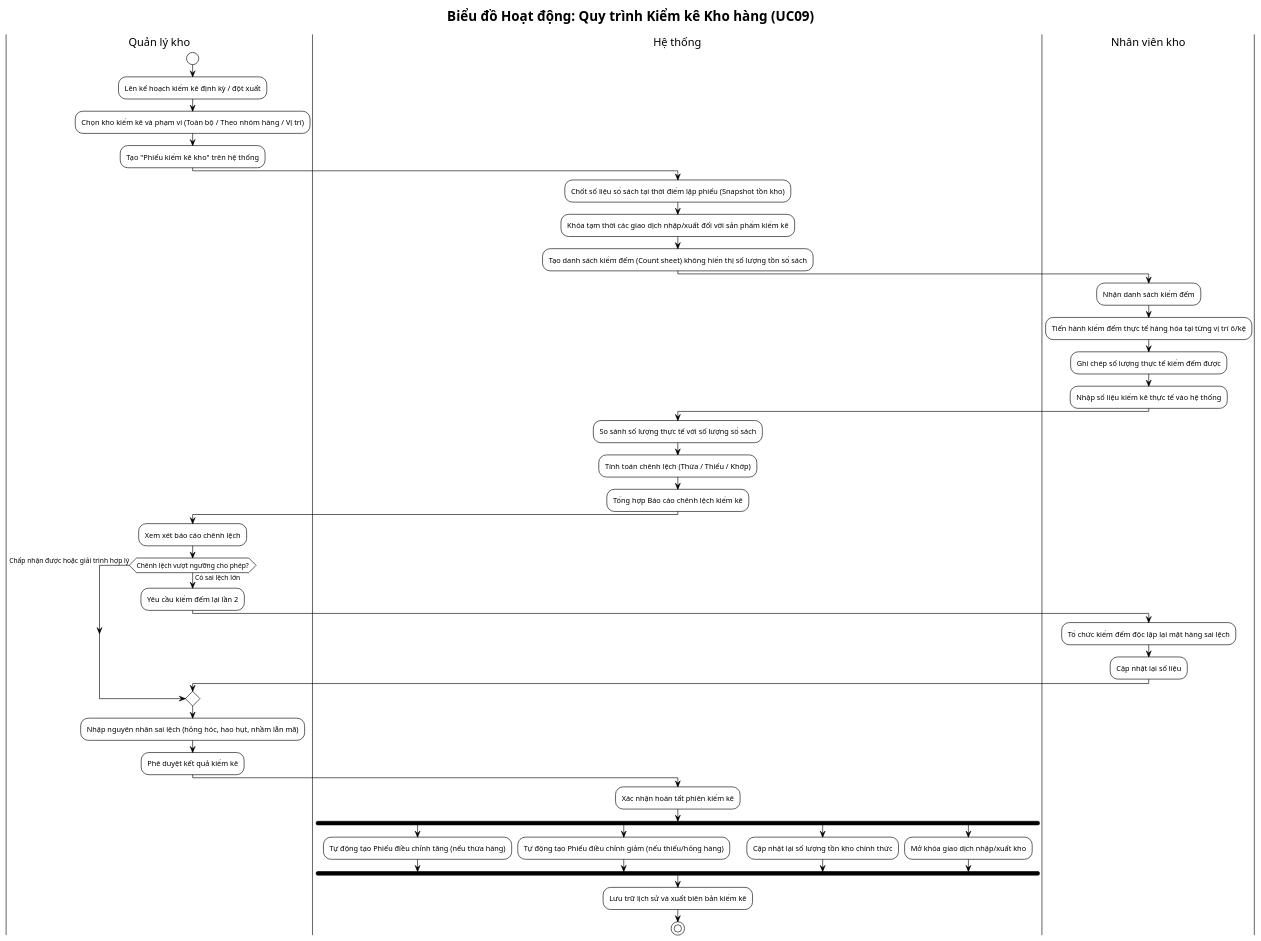
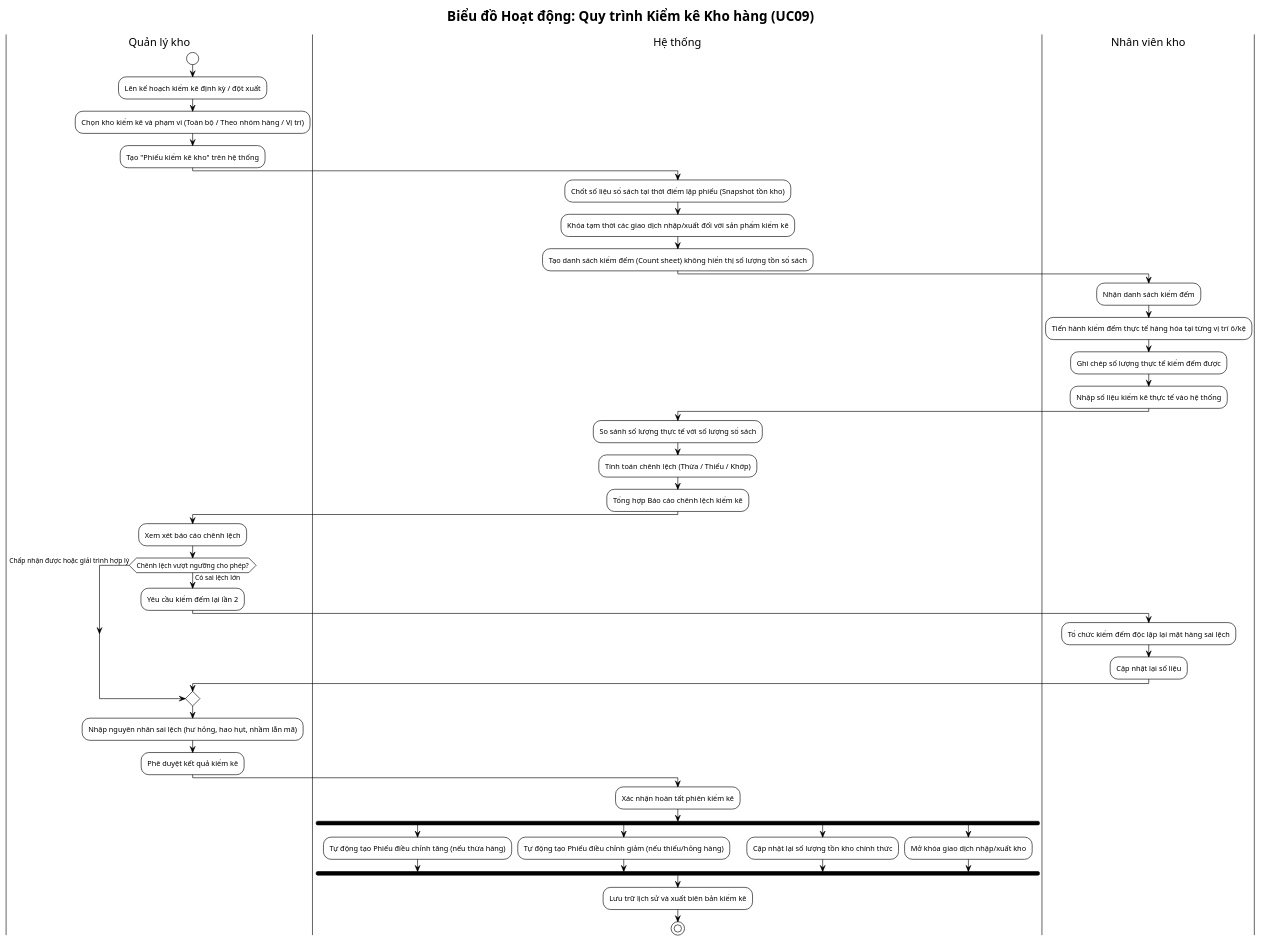
The third of 4 diagrams in BTL-QuanLyKhoHang/plantuml/activity-diagrams.puml (vuhoabinh2416137/G8_Quanlysanphamvakhohang), drawn with PlantUML before and after one commit. The commit also changed other lines of this file and 61 other files, not shown here.

```diff
--- a/BTL-QuanLyKhoHang/plantuml/activity-diagrams.puml
+++ b/BTL-QuanLyKhoHang/plantuml/activity-diagrams.puml
@@ -169,55 +116,56 @@
 @startuml activity-kiem-ke-kho
 !theme plain
+skinparam defaultFontName "Arial"
 title Biểu đồ Hoạt động: Quy trình Kiểm kê Kho hàng (UC09)
 
 |Quản lý kho|
 start
 :Lên kế hoạch kiểm kê định kỳ / đột xuất;
 :Chọn kho kiểm kê và phạm vi (Toàn bộ / Theo nhóm hàng / Vị trí);
 :Tạo "Phiếu kiểm kê kho" trên hệ thống;
 
 |Hệ thống|
 :Chốt số liệu sổ sách tại thời điểm lập phiếu (Snapshot tồn kho);
 :Khóa tạm thời các giao dịch nhập/xuất đối với sản phẩm kiểm kê;
 :Tạo danh sách kiểm đếm (Count sheet) không hiển thị số lượng tồn sổ sách;
 
 |Nhân viên kho|
 :Nhận danh sách kiểm đếm;
 :Tiến hành kiểm đếm thực tế hàng hóa tại từng vị trí ô/kệ;
 :Ghi chép số lượng thực tế kiểm đếm được;
 :Nhập số liệu kiểm kê thực tế vào hệ thống;
 
 |Hệ thống|
 :So sánh số lượng thực tế với số lượng sổ sách;
 :Tính toán chênh lệch (Thừa / Thiếu / Khớp);
 :Tổng hợp Báo cáo chênh lệch kiểm kê;
 
 |Quản lý kho|
 :Xem xét báo cáo chênh lệch;
 if (Chênh lệch vượt ngưỡng cho phép?) then (Có sai lệch lớn)
     :Yêu cầu kiểm đếm lại lần 2;
     |Nhân viên kho|
     :Tổ chức kiểm đếm độc lập lại mặt hàng sai lệch;
     :Cập nhật lại số liệu;
 else (Chấp nhận được hoặc giải trình hợp lý)
 endif
 
 |Quản lý kho|
-:Nhập nguyên nhân sai lệch (hỏng hóc, hao hụt, nhầm lẫn mã);
+:Nhập nguyên nhân sai lệch (hư hỏng, hao hụt, nhầm lẫn mã);
 :Phê duyệt kết quả kiểm kê;
 
 |Hệ thống|
 :Xác nhận hoàn tất phiên kiểm kê;
 fork
     :Tự động tạo Phiếu điều chỉnh tăng (nếu thừa hàng);
 fork again
     :Tự động tạo Phiếu điều chỉnh giảm (nếu thiếu/hỏng hàng);
 fork again
     :Cập nhật lại số lượng tồn kho chính thức;
 fork again
     :Mở khóa giao dịch nhập/xuất kho;
 end fork
 
 :Lưu trữ lịch sử và xuất biên bản kiểm kê;
 stop
 @enduml
```
